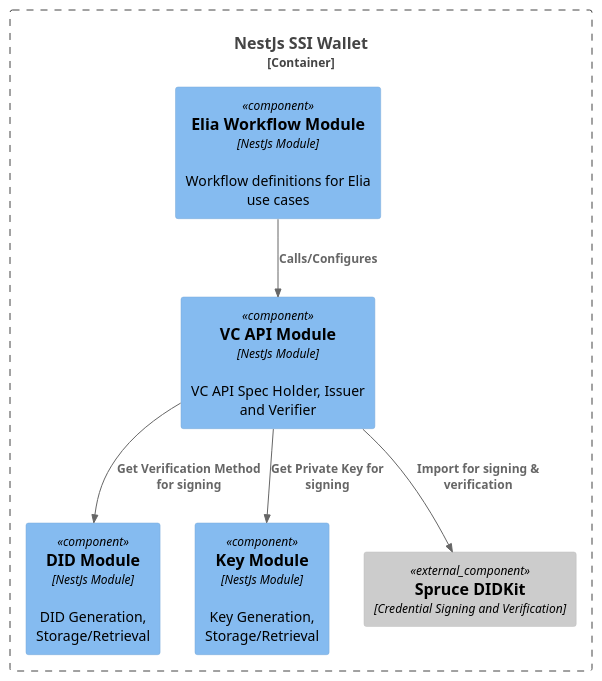
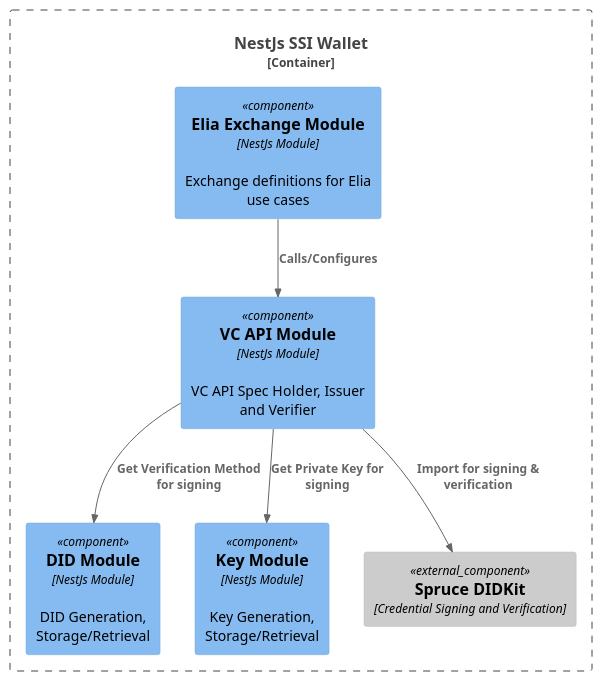
One commit to openwallet-foundation-labs/vc-api changed the diagram in ssi-agent.component.puml. Above: the diagram before and after it, drawn with PlantUML. The commit also changed 40 other files, not shown here.

Commit message:
refactor: rename workflow to exchanges to match vc-api

```diff
--- a/ssi-agent.component.puml
+++ b/ssi-agent.component.puml
@@ -1,17 +1,17 @@
 @startuml ssi-agent-component
 !include https://raw.githubusercontent.com/plantuml-stdlib/C4-PlantUML/master/C4_Component.puml
 
 Container_Boundary(nestjs_agent, "NestJs SSI Wallet") {
   Component(vc_api, "VC API Module", "NestJs Module", "VC API Spec Holder, Issuer and Verifier")
-  Component(elia_workflow, "Elia Workflow Module", "NestJs Module", "Workflow definitions for Elia use cases")
+  Component(elia_exchange, "Elia Exchange Module", "NestJs Module", "Exchange definitions for Elia use cases")
   Component(did, "DID Module", "NestJs Module", "DID Generation, Storage/Retrieval")
   Component(key, "Key Module", "NestJs Module", "Key Generation, Storage/Retrieval")
   Component_Ext(spruce_didkit, "Spruce DIDKit", "Credential Signing and Verification")
 }
 
-Rel(elia_workflow, vc_api, "Calls/Configures")
+Rel(elia_exchange, vc_api, "Calls/Configures")
 Rel(vc_api, did, "Get Verification Method for signing")
 Rel(vc_api, key, "Get Private Key for signing")
 Rel(vc_api, spruce_didkit, "Import for signing & verification")
 
 @enduml
```
